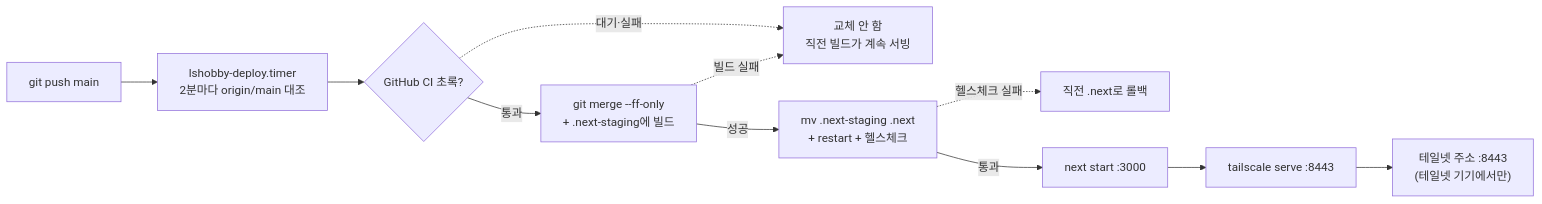
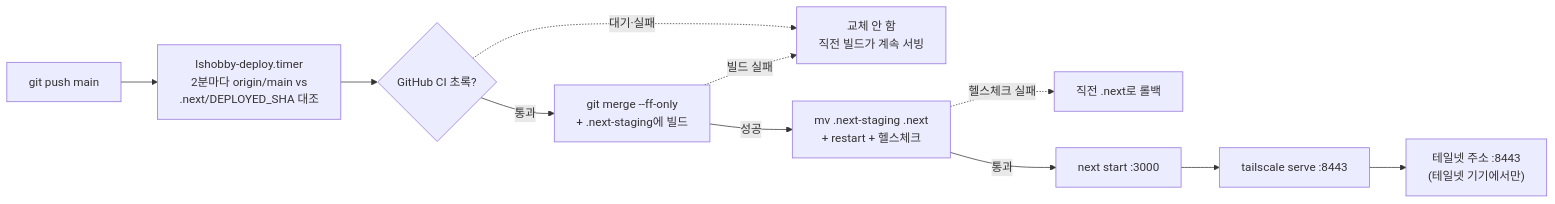
Before and after one commit to LeeSongHeon-LSH/LSHobby: the third of 3 diagrams in docs/16-infra.md, drawn with Mermaid. The commit also changed other lines of this file and 17 other files, not shown here.

````diff
--- a/docs/16-infra.md
+++ b/docs/16-infra.md
@@ -98,13 +104,13 @@
 ```mermaid
 flowchart LR
-    A[git push main] --> T["lshobby-deploy.timer<br/>2분마다 origin/main 대조"]
+    A[git push main] --> T["lshobby-deploy.timer<br/>2분마다 origin/main vs<br/>.next/DEPLOYED_SHA 대조"]
     T --> CI{"GitHub CI 초록?"}
     CI -. 대기·실패 .-> G["교체 안 함<br/>직전 빌드가 계속 서빙"]
     CI -- 통과 --> B["git merge --ff-only<br/>+ .next-staging에 빌드"]
     B -. 빌드 실패 .-> G
     B -- 성공 --> S["mv .next-staging .next<br/>+ restart + 헬스체크"]
     S -. 헬스체크 실패 .-> R["직전 .next로 롤백"]
     S -- 통과 --> D["next start :3000"]
     D --> E["tailscale serve :8443"]
     E --> F["테일넷 주소 :8443<br/>(테일넷 기기에서만)"]
 ```
````
